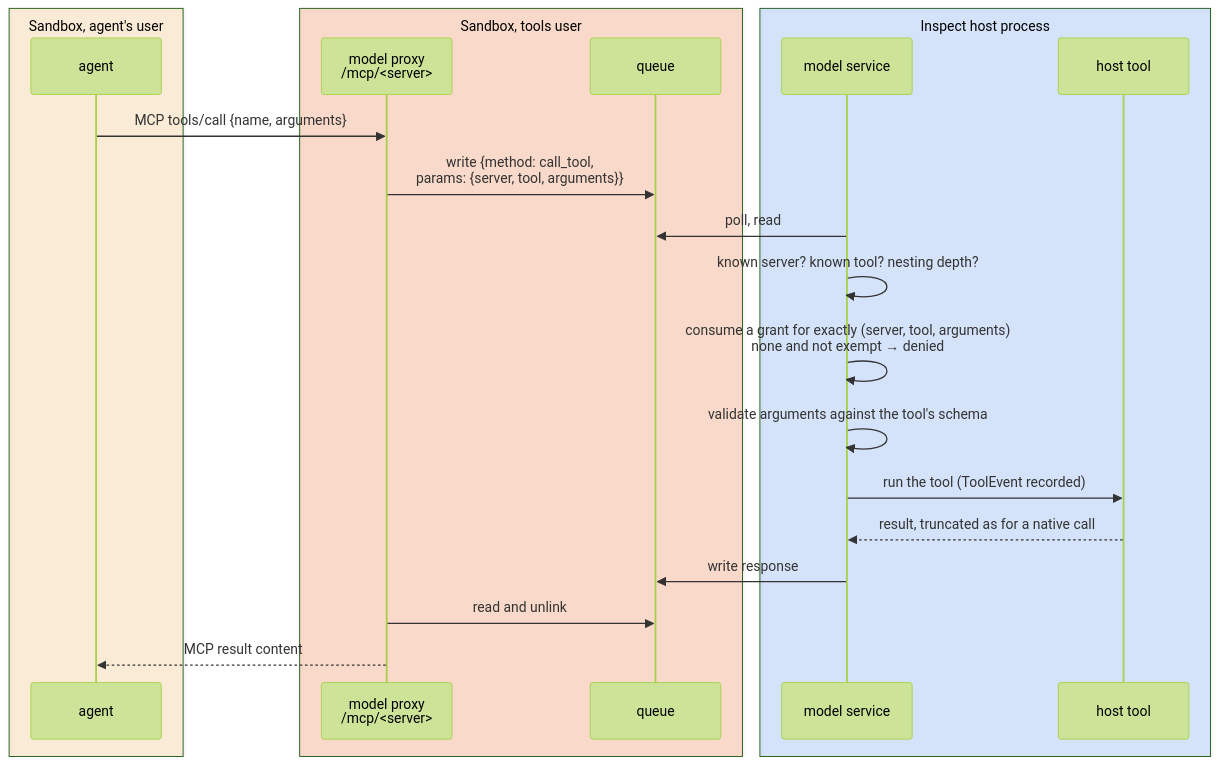
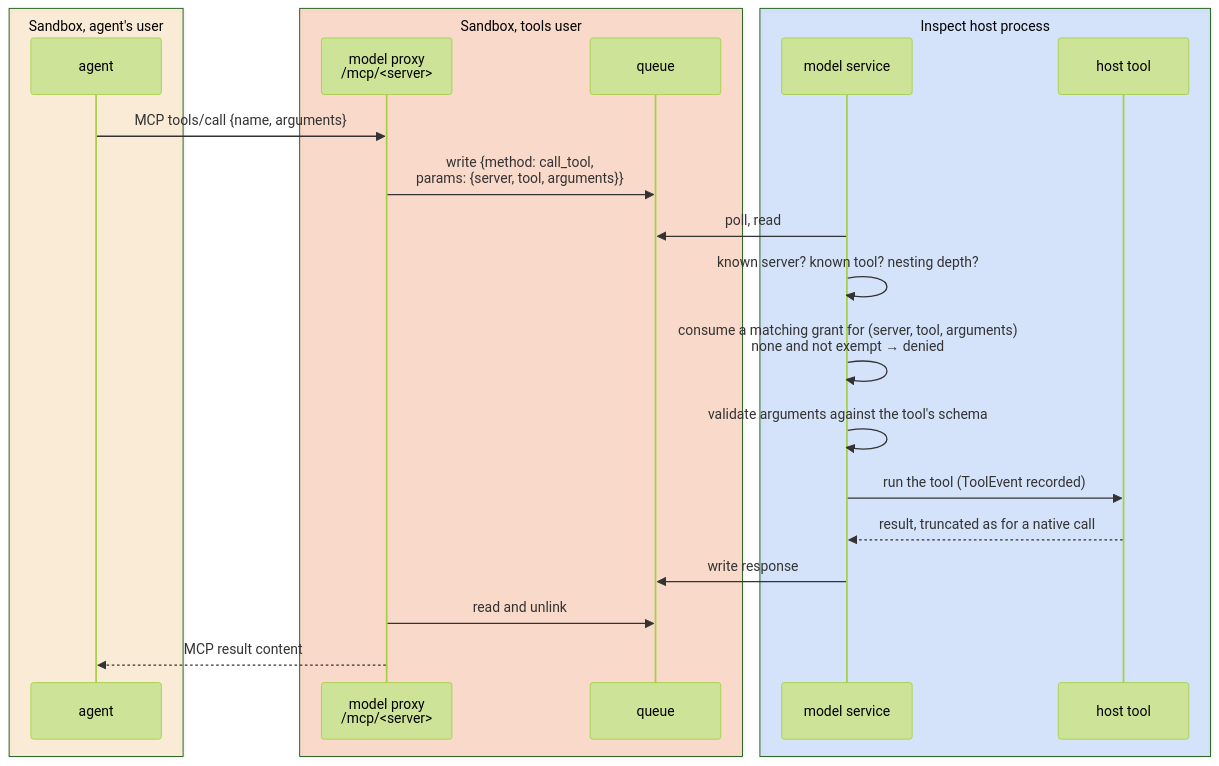
Before and after one commit to UKGovernmentBEIS/inspect_ai: the third of 3 diagrams in design/agent-bridge-trust-model.md, drawn with Mermaid (forest theme). The commit also changed other lines of this file, not shown here.

First line of the commit message:
docs(design): correct grant matching in the tool-call diagram and the failure reply promise

````diff
--- a/design/agent-bridge-trust-model.md
+++ b/design/agent-bridge-trust-model.md
@@ -234,26 +234,26 @@
 ```mermaid
 sequenceDiagram
     box rgba(255, 170, 60, 0.18) Sandbox, agent's user
         participant A as agent
     end
     box rgba(255, 110, 40, 0.22) Sandbox, tools user
         participant P as model proxy<br/>/mcp/<server>
         participant Q as queue
     end
     box rgba(70, 140, 255, 0.20) Inspect host process
         participant S as model service
         participant T as host tool
     end
 
     A->>P: MCP tools/call {name, arguments}
     P->>Q: write {method: call_tool,<br/>params: {server, tool, arguments}}
     S->>Q: poll, read
     S->>S: known server? known tool? nesting depth?
-    S->>S: consume a grant for exactly (server, tool, arguments)<br/>none and not exempt → denied
+    S->>S: consume a matching grant for (server, tool, arguments)<br/>none and not exempt → denied
     S->>S: validate arguments against the tool's schema
     S->>T: run the tool (ToolEvent recorded)
     T-->>S: result, truncated as for a native call
     S->>Q: write response
     P->>Q: read and unlink
     P-->>A: MCP result content
 ```
````
